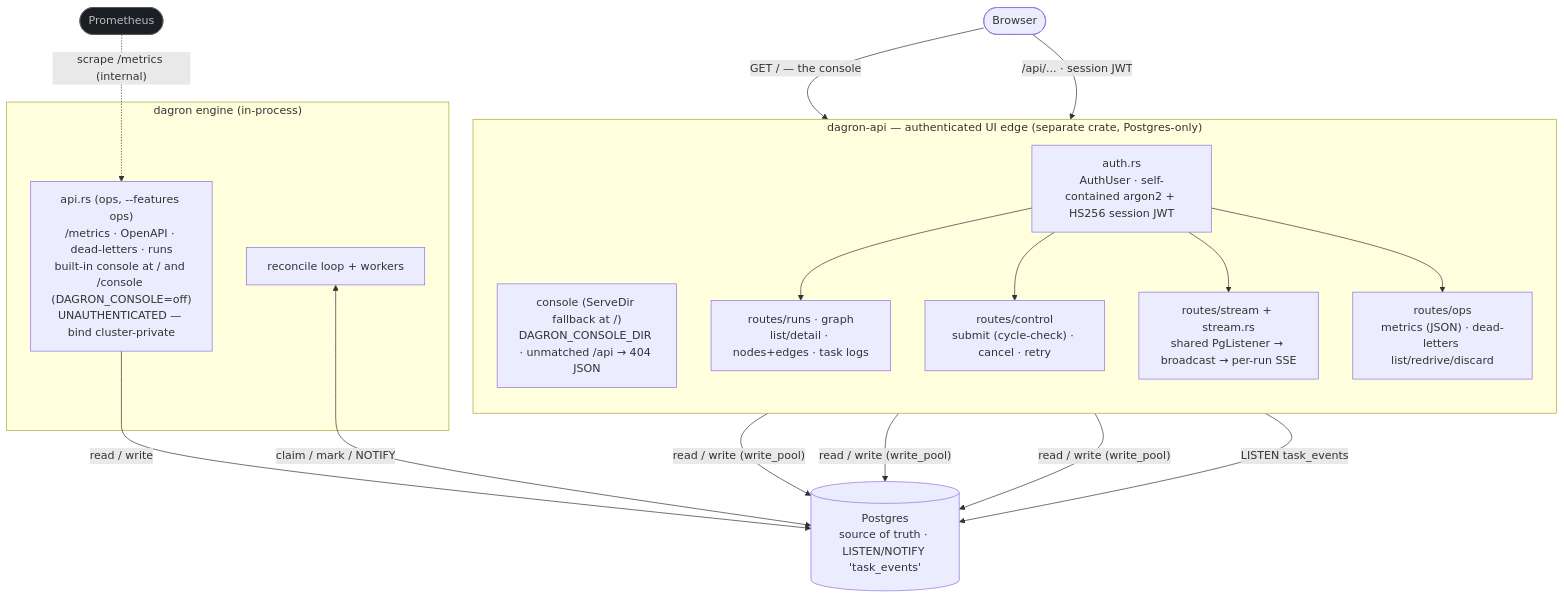
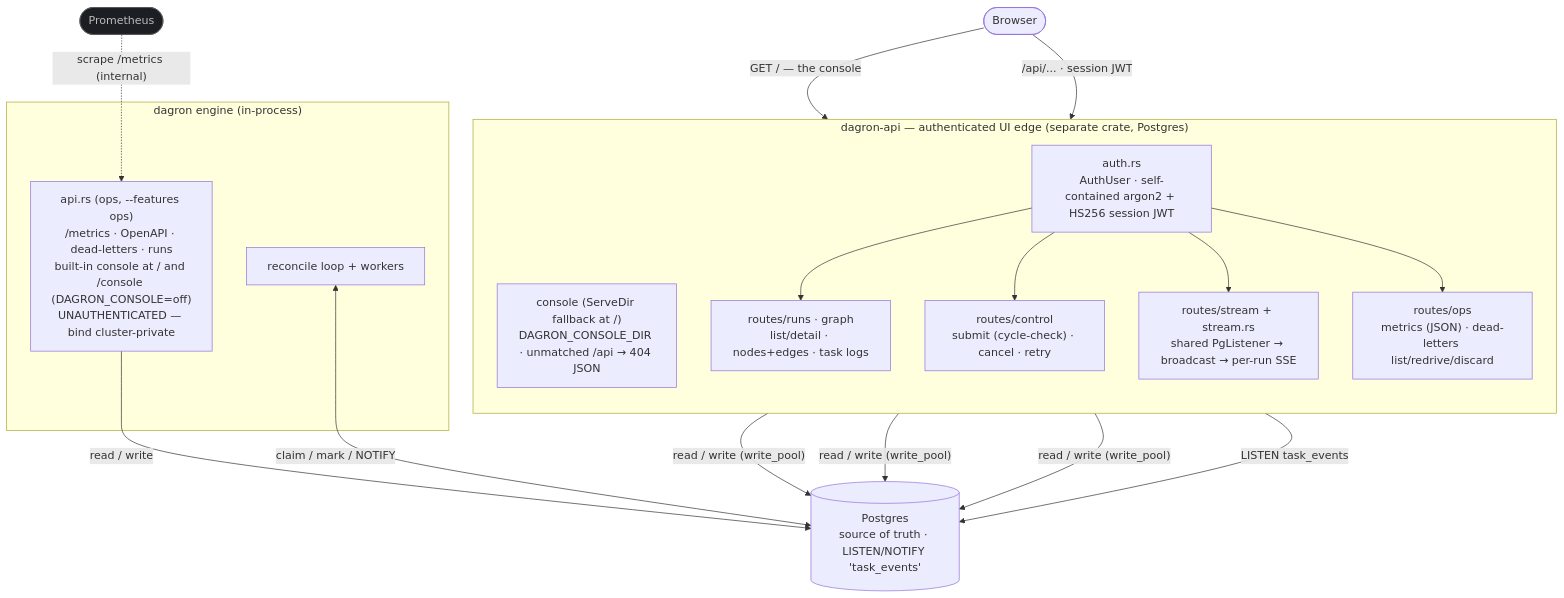
The third of 14 diagrams in docs/ARCHITECTURE.md (lucheeseng827/dagron), drawn with Mermaid before and after one commit. The commit also changed other lines of this file and 1093 other files, not shown here.

````diff
--- a/docs/ARCHITECTURE.md
+++ b/docs/ARCHITECTURE.md
@@ -221,33 +224,33 @@
 ```mermaid
 flowchart TB
     browser([Browser])
 
-    subgraph gw["dagron-api — authenticated UI edge (separate crate, Postgres-only)"]
+    subgraph gw["dagron-api — authenticated UI edge (separate crate, Postgres)"]
         direction TB
         gconsole["console (ServeDir fallback at /)<br/>DAGRON_CONSOLE_DIR · unmatched /api → 404 JSON"]
         gauth["auth.rs<br/>AuthUser · self-contained argon2 + HS256 session JWT"]
         gread["routes/runs · graph<br/>list/detail · nodes+edges · task logs"]
         gctl["routes/control<br/>submit (cycle-check) · cancel · retry"]
         gstream["routes/stream + stream.rs<br/>shared PgListener → broadcast → per-run SSE"]
         gops["routes/ops<br/>metrics (JSON) · dead-letters list/redrive/discard"]
     end
 
     subgraph engine["dagron engine (in-process)"]
         eapi["api.rs (ops, --features ops)<br/>/metrics · OpenAPI · dead-letters · runs<br/>built-in console at / and /console (DAGRON_CONSOLE=off)<br/>UNAUTHENTICATED — bind cluster-private"]
         loop["reconcile loop + workers"]
     end
 
     db[("Postgres<br/>source of truth · LISTEN/NOTIFY 'task_events'")]
     prom([Prometheus]):::ext
 
     browser -->|"GET / — the console"| gconsole
     browser -->|"/api/... · session JWT"| gauth
     gauth --> gread & gctl & gstream & gops
     gread & gctl & gops -->|"read / write (write_pool)"| db
     gstream -->|"LISTEN task_events"| db
     eapi -->|"read / write"| db
     loop <-->|"claim / mark / NOTIFY"| db
     prom -.->|"scrape /metrics (internal)"| eapi
 
     classDef ext fill:#1b1f24,stroke:#555,color:#bbb;
 ```
````
